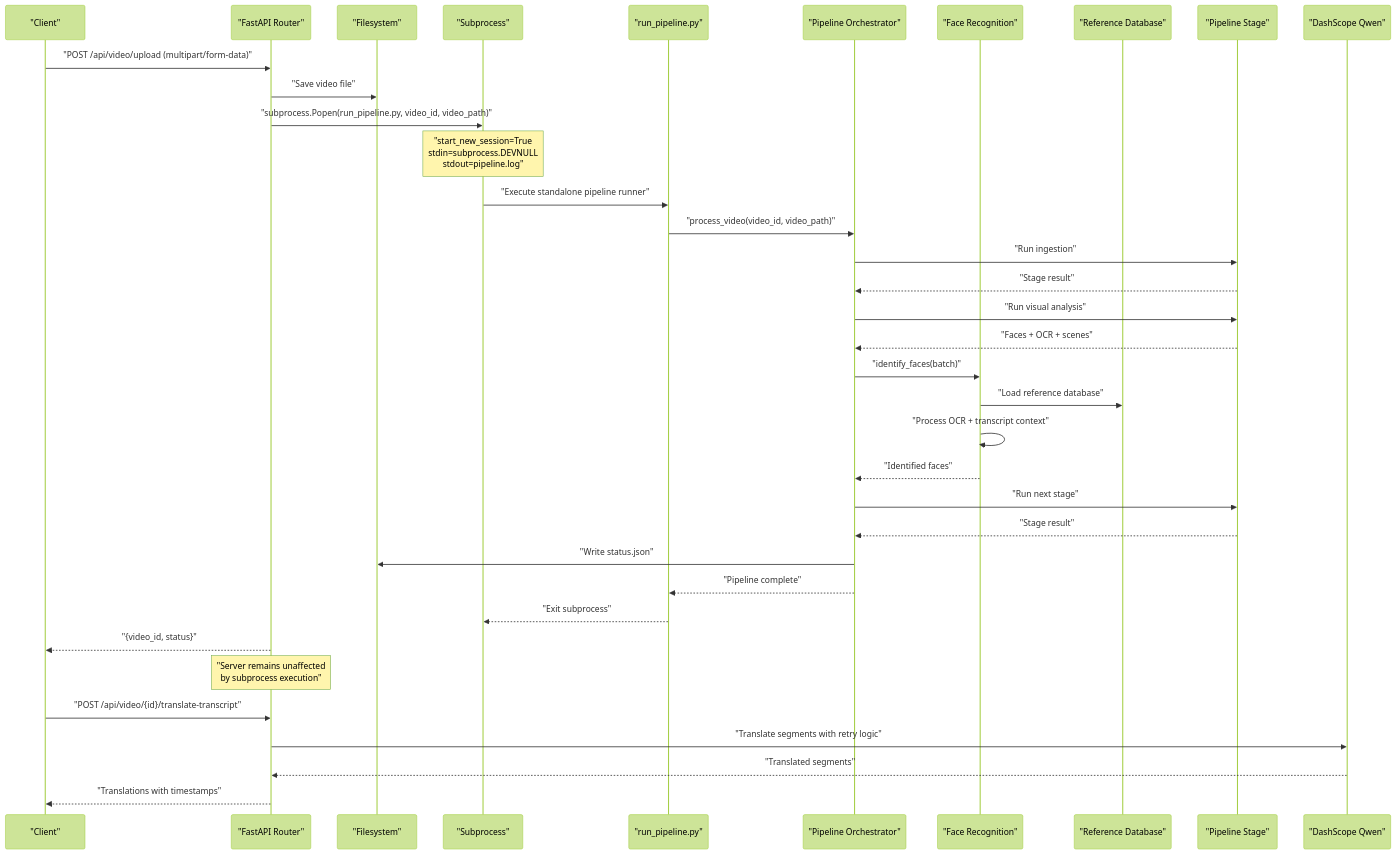
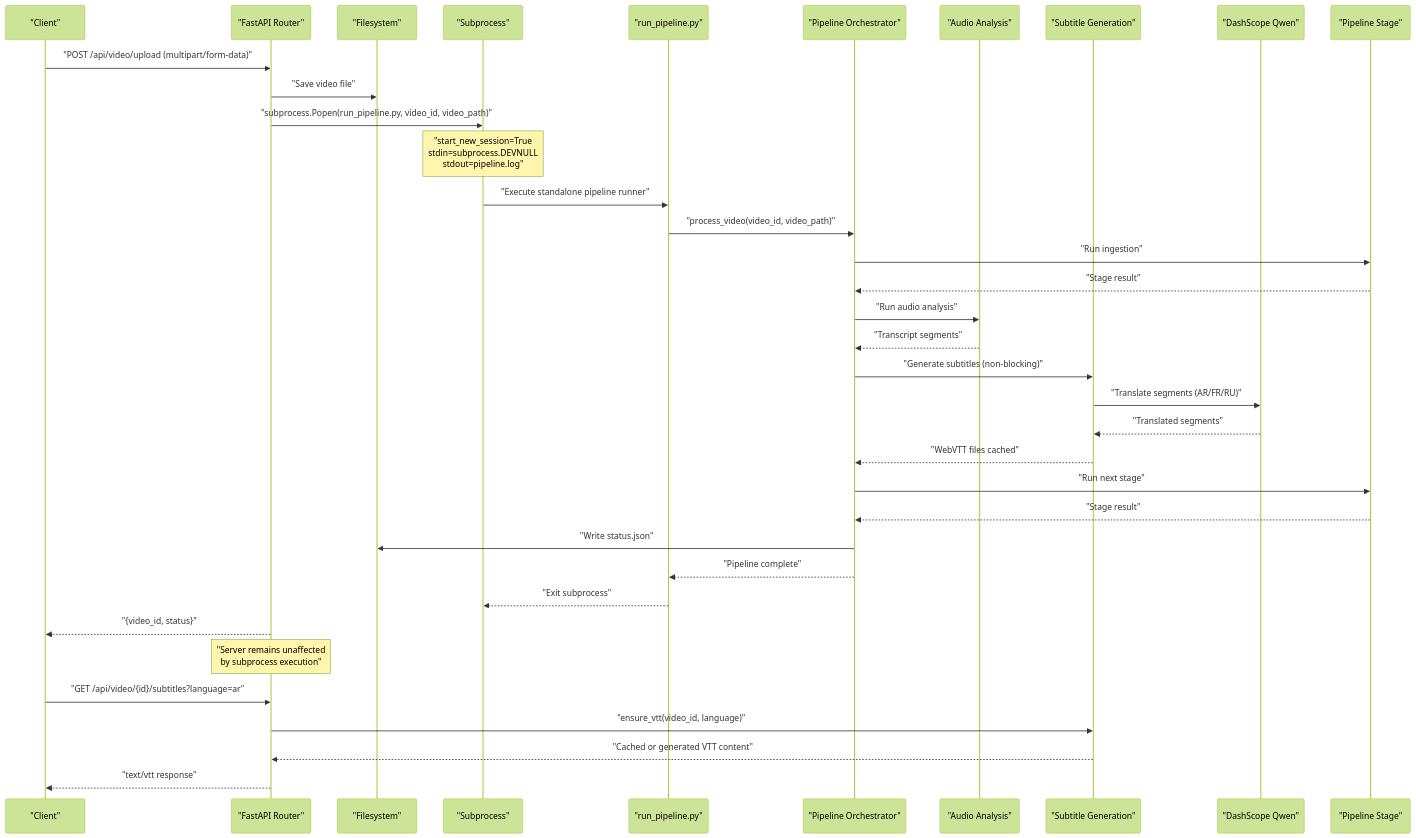
Before and after one commit to alexandreybasta-cyber/dubai-media-ai: the second of 3 diagrams in .qoder/repowiki/en/content/Backend API Reference/Video Processing Endpoints.md, drawn with Mermaid (forest theme). The commit also changed other lines of this file and 23 other files, not shown here.

````diff
--- a/.qoder/repowiki/en/content/Backend API Reference/Video Processing Endpoints.md
+++ b/.qoder/repowiki/en/content/Backend API Reference/Video Processing Endpoints.md
@@ -175,38 +193,38 @@
 ```mermaid
 sequenceDiagram
 participant Client as "Client"
 participant API as "FastAPI Router"
 participant FS as "Filesystem"
 participant Subproc as "Subprocess"
 participant Runner as "run_pipeline.py"
 participant Orchestrator as "Pipeline Orchestrator"
-participant FaceRec as "Face Recognition"
-participant RefDB as "Reference Database"
+participant AudioStage as "Audio Analysis"
+participant SubtitleGen as "Subtitle Generation"
+participant Translator as "DashScope Qwen"
 participant Stage as "Pipeline Stage"
-participant Translator as "DashScope Qwen"
 Client->>API : "POST /api/video/upload (multipart/form-data)"
 API->>FS : "Save video file"
 API->>Subproc : "subprocess.Popen(run_pipeline.py, video_id, video_path)"
 Note over Subproc : "start_new_session=True<br/>stdin=subprocess.DEVNULL<br/>stdout=pipeline.log"
 Subproc->>Runner : "Execute standalone pipeline runner"
 Runner->>Orchestrator : "process_video(video_id, video_path)"
 Orchestrator->>Stage : "Run ingestion"
 Stage-->>Orchestrator : "Stage result"
-Orchestrator->>Stage : "Run visual analysis"
-Stage-->>Orchestrator : "Faces + OCR + scenes"
-Orchestrator->>FaceRec : "identify_faces(batch)"
-FaceRec->>RefDB : "Load reference database"
-FaceRec->>FaceRec : "Process OCR + transcript context"
-FaceRec-->>Orchestrator : "Identified faces"
+Orchestrator->>AudioStage : "Run audio analysis"
+AudioStage-->>Orchestrator : "Transcript segments"
+Orchestrator->>SubtitleGen : "Generate subtitles (non-blocking)"
+SubtitleGen->>Translator : "Translate segments (AR/FR/RU)"
+Translator-->>SubtitleGen : "Translated segments"
+SubtitleGen-->>Orchestrator : "WebVTT files cached"
 Orchestrator->>Stage : "Run next stage"
 Stage-->>Orchestrator : "Stage result"
 Orchestrator->>FS : "Write status.json"
 Orchestrator-->>Runner : "Pipeline complete"
 Runner-->>Subproc : "Exit subprocess"
 API-->>Client : "{video_id, status}"
 Note over API : "Server remains unaffected<br/>by subprocess execution"
-Client->>API : "POST /api/video/{id}/translate-transcript"
-API->>Translator : "Translate segments with retry logic"
-Translator-->>API : "Translated segments"
-API-->>Client : "Translations with timestamps"
+Client->>API : "GET /api/video/{id}/subtitles?language=ar"
+API->>SubtitleGen : "ensure_vtt(video_id, language)"
+SubtitleGen-->>API : "Cached or generated VTT content"
+API-->>Client : "text/vtt response"
 ```
````
